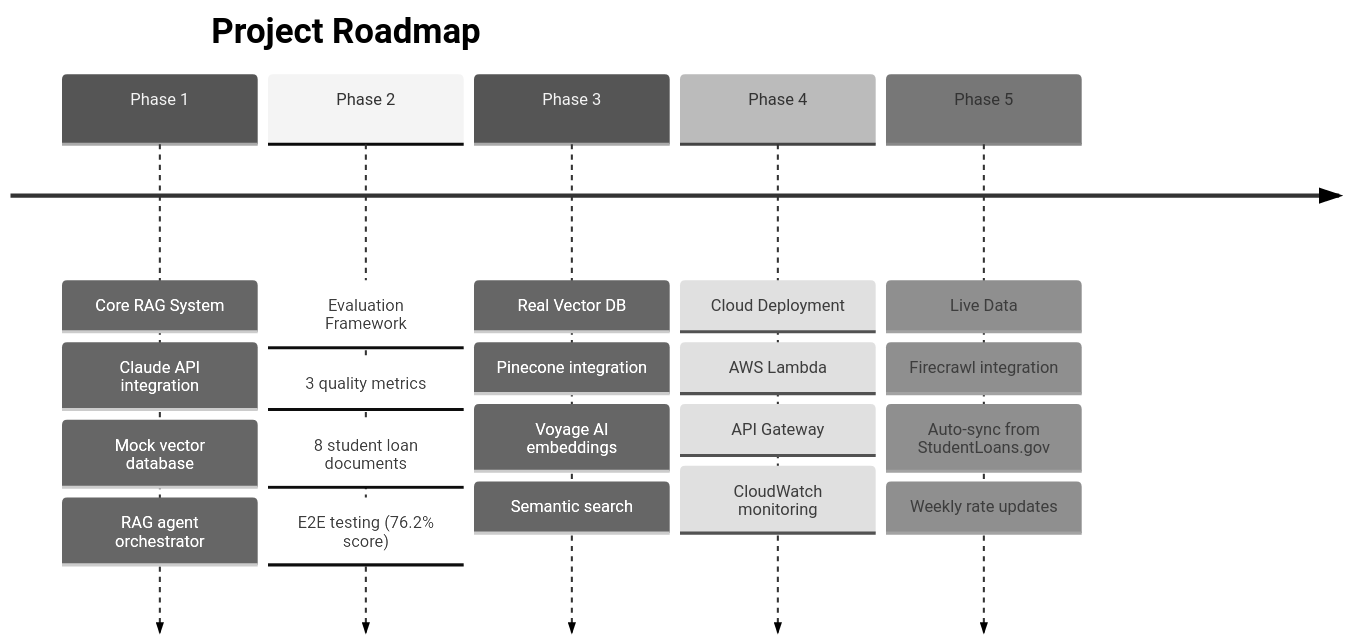
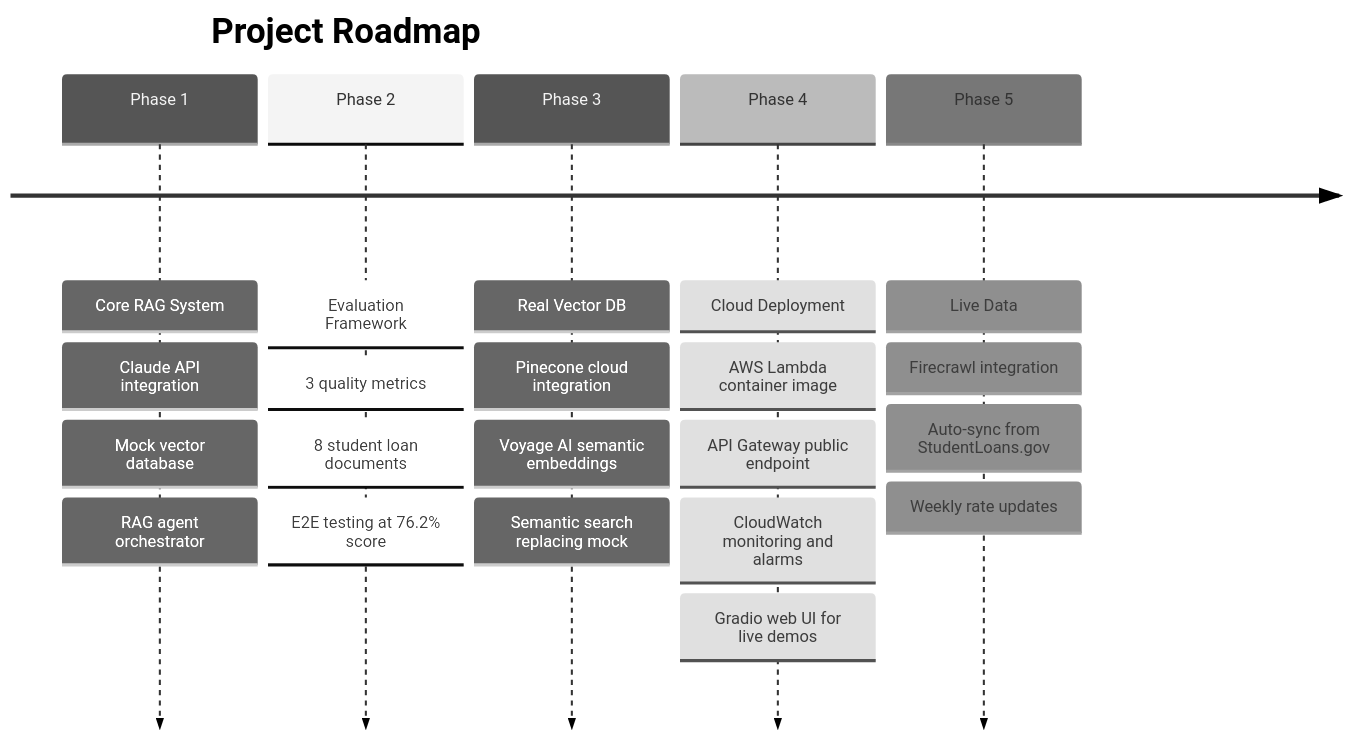
One commit to drona23/llm-rag-chatbot changed the fifth of 5 diagrams in README.md. Above: the diagram before and after it, drawn with Mermaid (neutral theme). The commit also changed other lines of this file and 2 other files, not shown here.

````diff
--- a/README.md
+++ b/README.md
@@ -266,24 +312,25 @@
 ```mermaid
 timeline
     title Project Roadmap
     Phase 1 : Core RAG System
             : Claude API integration
             : Mock vector database
             : RAG agent orchestrator
     Phase 2 : Evaluation Framework
             : 3 quality metrics
             : 8 student loan documents
-            : E2E testing (76.2% score)
+            : E2E testing at 76.2% score
     Phase 3 : Real Vector DB
-            : Pinecone integration
-            : Voyage AI embeddings
-            : Semantic search
+            : Pinecone cloud integration
+            : Voyage AI semantic embeddings
+            : Semantic search replacing mock
     Phase 4 : Cloud Deployment
-            : AWS Lambda
-            : API Gateway
-            : CloudWatch monitoring
+            : AWS Lambda container image
+            : API Gateway public endpoint
+            : CloudWatch monitoring and alarms
+            : Gradio web UI for live demos
     Phase 5 : Live Data
             : Firecrawl integration
             : Auto-sync from StudentLoans.gov
             : Weekly rate updates
 ```
````
